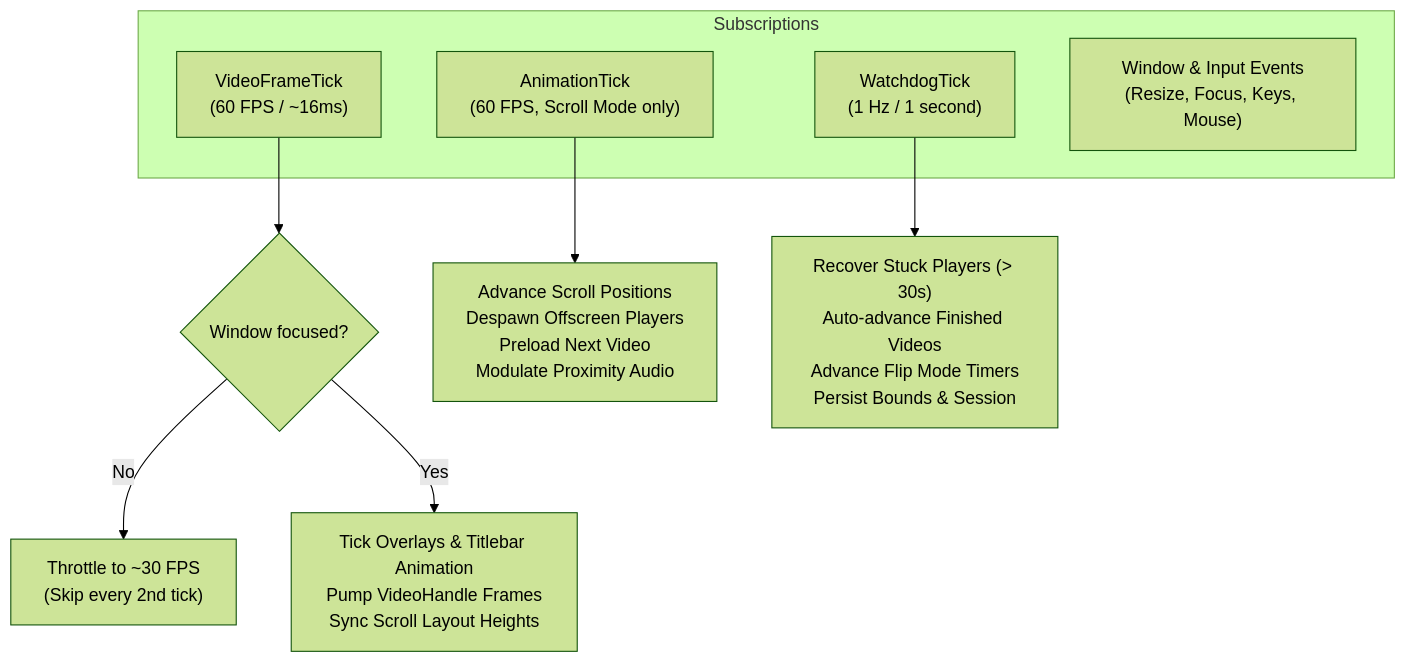
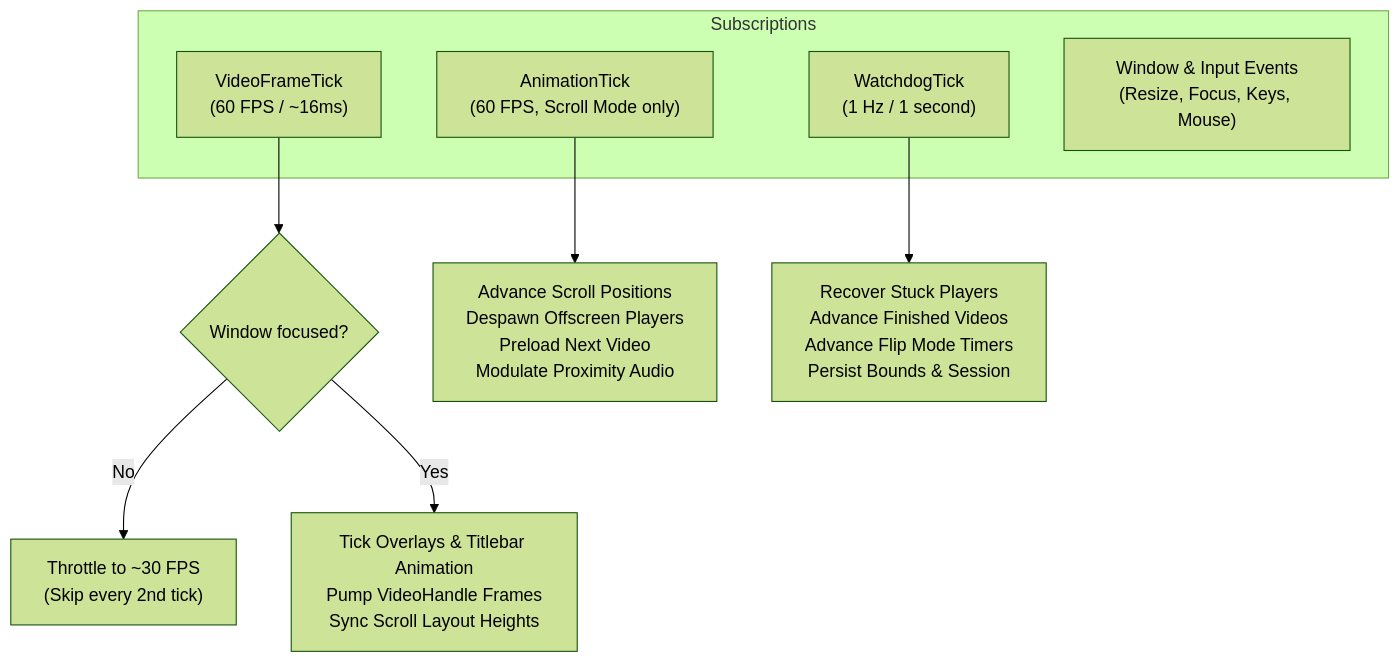
Before and after one commit to alkali-softworks/wazoo: the second of 2 diagrams in docs/wazoo-app.md, drawn with Mermaid (forest theme). The commit also changed 1 other file, not shown here.

````diff
--- a/docs/wazoo-app.md
+++ b/docs/wazoo-app.md
@@ -82,17 +82,17 @@
 ```mermaid
 graph TD
     subgraph Subscriptions
         VFT["VideoFrameTick<br/>(60 FPS / ~16ms)"]
         AT["AnimationTick<br/>(60 FPS, Scroll Mode only)"]
         WT["WatchdogTick<br/>(1 Hz / 1 second)"]
         WinEvents["Window & Input Events<br/>(Resize, Focus, Keys, Mouse)"]
     end
 
     VFT --> Throttle{"Window focused?"}
     Throttle -->|No| HalfRate["Throttle to ~30 FPS<br/>(Skip every 2nd tick)"]
     Throttle -->|Yes| Ticks["Tick Overlays & Titlebar Animation<br/>Pump VideoHandle Frames<br/>Sync Scroll Layout Heights"]
 
     AT --> ScrollPhysics["Advance Scroll Positions<br/>Despawn Offscreen Players<br/>Preload Next Video<br/>Modulate Proximity Audio"]
 
-    WT --> Watchdog["Recover Stuck Players (> 30s)<br/>Auto-advance Finished Videos<br/>Advance Flip Mode Timers<br/>Persist Bounds & Session"]
+    WT --> Watchdog["Recover Stuck Players<br/>Advance Finished Videos<br/>Advance Flip Mode Timers<br/>Persist Bounds & Session"]
 ```
````
